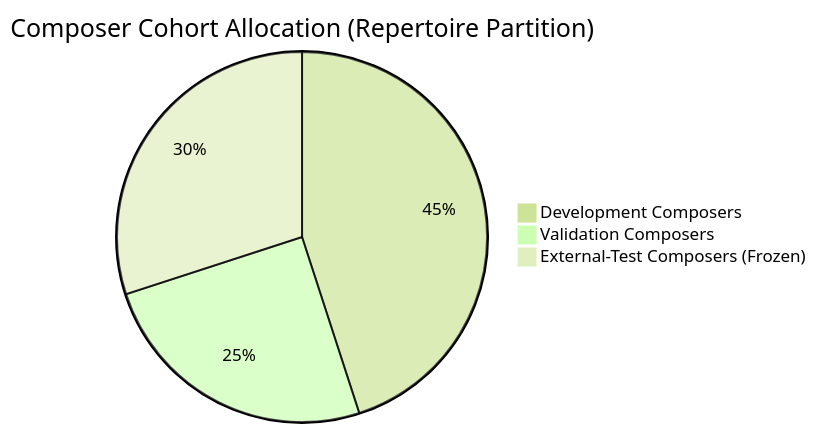
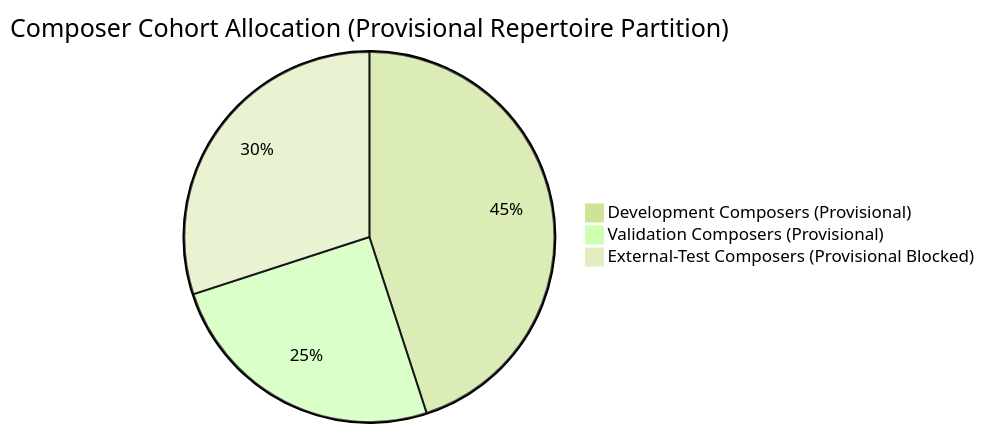
The second of 3 diagrams in docs/research/PF001_GENERALIZATION_AND_SPLIT_POLICY.md (team-muel/Russian-Piano-Composer), drawn with Mermaid (forest theme) before and after one commit. The commit also changed other lines of this file and 13 other files, not shown here.

````diff
--- a/docs/research/PF001_GENERALIZATION_AND_SPLIT_POLICY.md
+++ b/docs/research/PF001_GENERALIZATION_AND_SPLIT_POLICY.md
@@ -50,6 +50,6 @@
 ```mermaid
-pie title Composer Cohort Allocation (Repertoire Partition)
-    "Development Composers" : 45
-    "Validation Composers" : 25
-    "External-Test Composers (Frozen)" : 30
+pie title Composer Cohort Allocation (Provisional Repertoire Partition)
+    "Development Composers (Provisional)" : 45
+    "Validation Composers (Provisional)" : 25
+    "External-Test Composers (Provisional Blocked)" : 30
 ```
````
